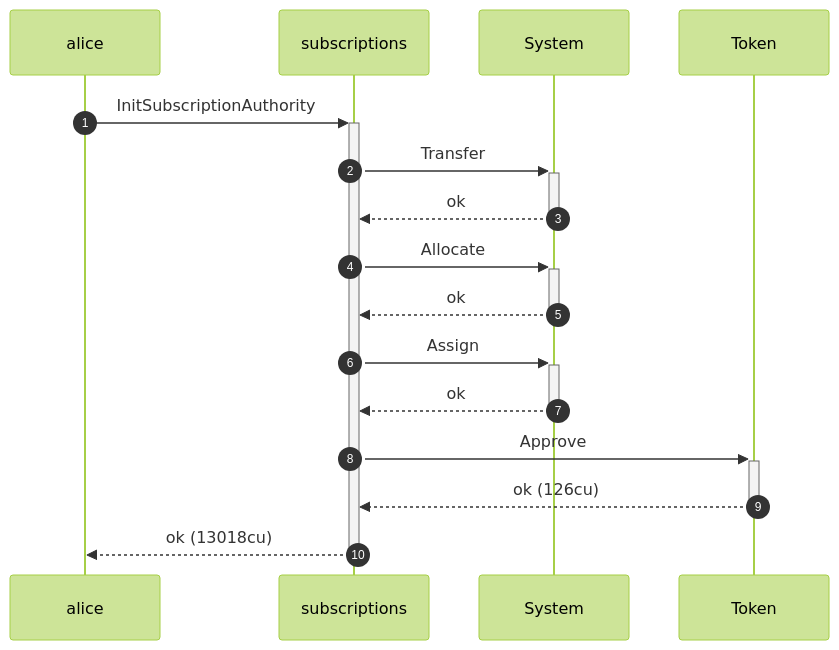
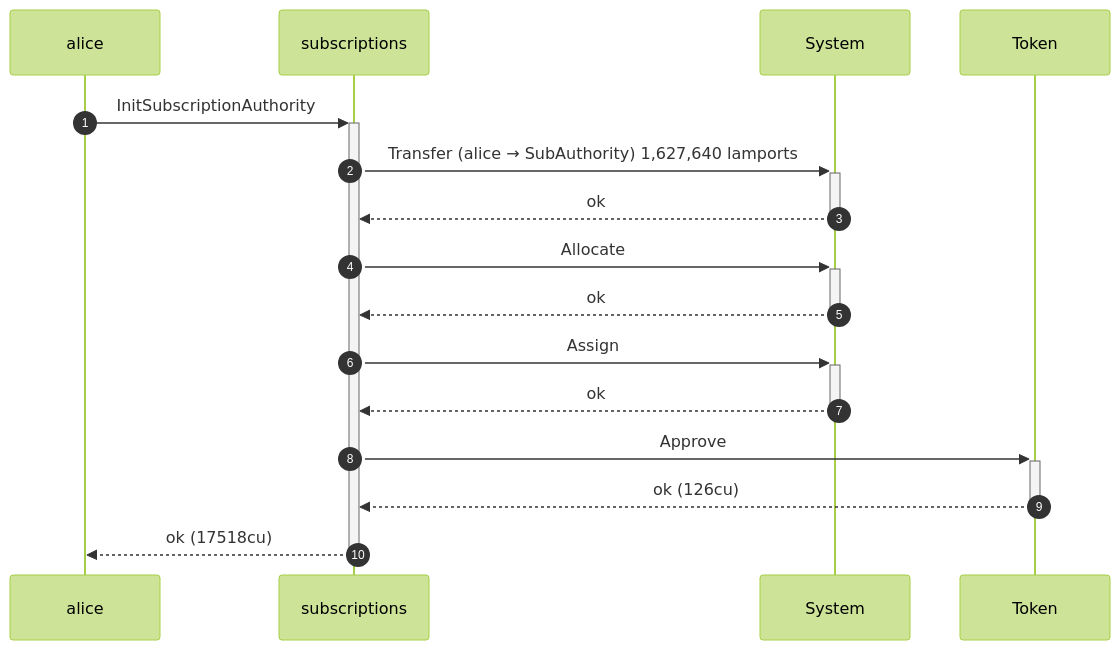
Before and after one commit to cds-rs/subscriptions: the second of 4 diagrams in dsl_tests/survive-a-pre-funded-pda.md, drawn with Mermaid (forest theme). The commit also changed other lines of this file and 224 other files, not shown here.

````diff
--- a/dsl_tests/survive-a-pre-funded-pda.md
+++ b/dsl_tests/survive-a-pre-funded-pda.md
@@ -42,18 +43,18 @@
 ```mermaid
 sequenceDiagram
     autonumber
     participant alice
     participant subscriptions
     participant System
     participant Token
     alice ->>+ subscriptions: InitSubscriptionAuthority
-    subscriptions ->>+ System: Transfer
+    subscriptions ->>+ System: Transfer (alice → SubAuthority) 1,627,640 lamports
     System -->>- subscriptions: ok
     subscriptions ->>+ System: Allocate
     System -->>- subscriptions: ok
     subscriptions ->>+ System: Assign
     System -->>- subscriptions: ok
     subscriptions ->>+ Token: Approve
     Token -->>- subscriptions: ok (126cu)
-    subscriptions -->>- alice: ok (13018cu)
+    subscriptions -->>- alice: ok (17518cu)
 ```
````
